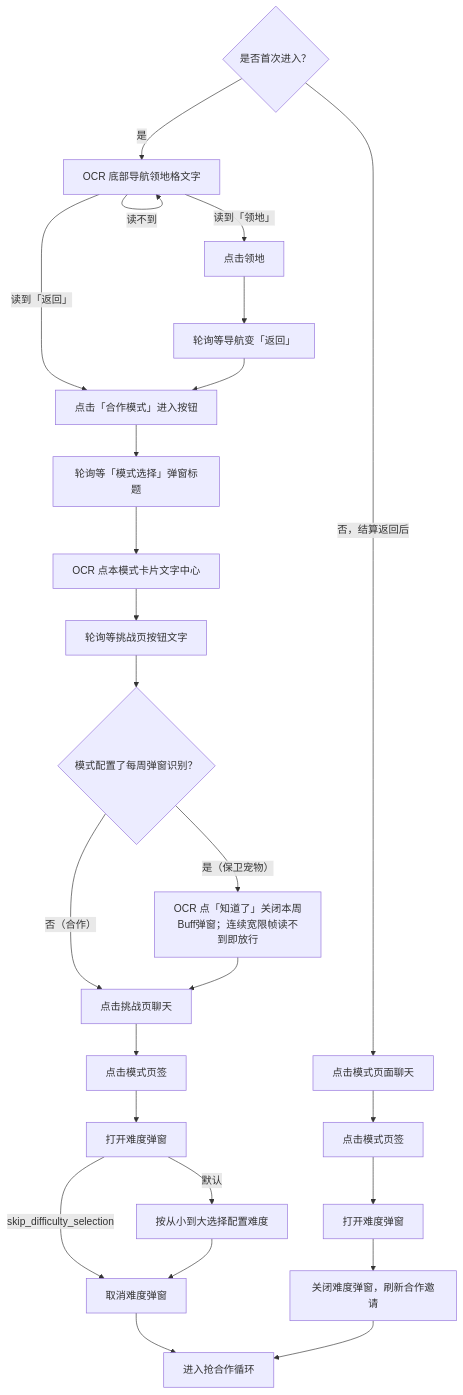
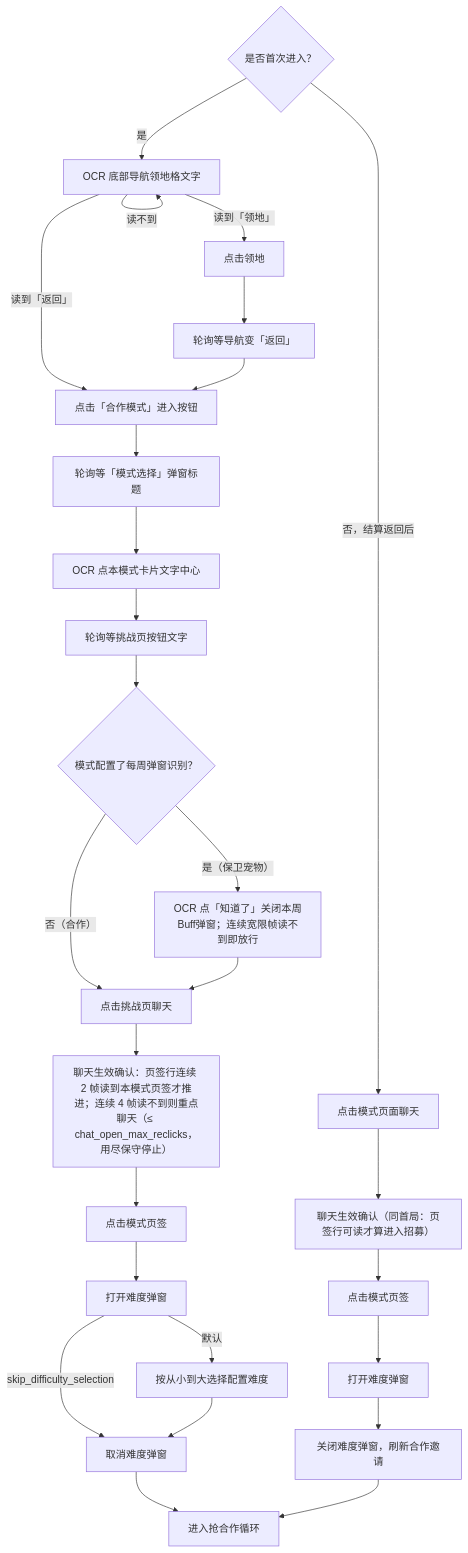
The second of 2 diagrams in docs/automation-flow.md (imer2026/wlxq), drawn with Mermaid before and after one commit. The commit also changed other lines of this file and 18 other files, not shown here.

````diff
--- a/docs/automation-flow.md
+++ b/docs/automation-flow.md
@@ -85,28 +85,30 @@
 ```mermaid
 flowchart TD
     A{"是否首次进入？"}
     A -- "是" --> T0["OCR 底部导航领地格文字"]
     T0 -- "读到「领地」" --> T1["点击领地"]
     T1 --> T2["轮询等导航变「返回」"]
     T0 -- "读到「返回」" --> M
     T0 -- "读不到" --> T0
     T2 --> M["点击「合作模式」进入按钮"]
     M --> M2["轮询等「模式选择」弹窗标题"]
     M2 --> M3["OCR 点本模式卡片文字中心"]
     M3 --> M4["轮询等挑战页按钮文字"]
     M4 --> W{"模式配置了每周弹窗识别？"}
     W -- "是（保卫宠物）" --> W2["OCR 点「知道了」关闭本周Buff弹窗；连续宽限帧读不到即放行"]
     W -- "否（合作）" --> C
     W2 --> C["点击挑战页聊天"]
-    C --> C2["点击模式页签"]
+    C --> C1["聊天生效确认：页签行连续 2 帧读到本模式页签才推进；连续 4 帧读不到则重点聊天（≤ chat_open_max_reclicks，用尽保守停止）"]
+    C1 --> C2["点击模式页签"]
     C2 --> D["打开难度弹窗"]
     D -- "默认" --> D2["按从小到大选择配置难度"]
     D -- "skip_difficulty_selection" --> E
     D2 --> E["取消难度弹窗"]
     A -- "否，结算返回后" --> F["点击模式页面聊天"]
-    F --> F1["点击模式页签"]
+    F --> F0["聊天生效确认（同首局：页签行可读才算进入招募）"]
+    F0 --> F1["点击模式页签"]
     F1 --> F2["打开难度弹窗"]
     F2 --> F3["关闭难度弹窗，刷新合作邀请"]
     E --> G["进入抢合作循环"]
     F3 --> G
 ```
````
